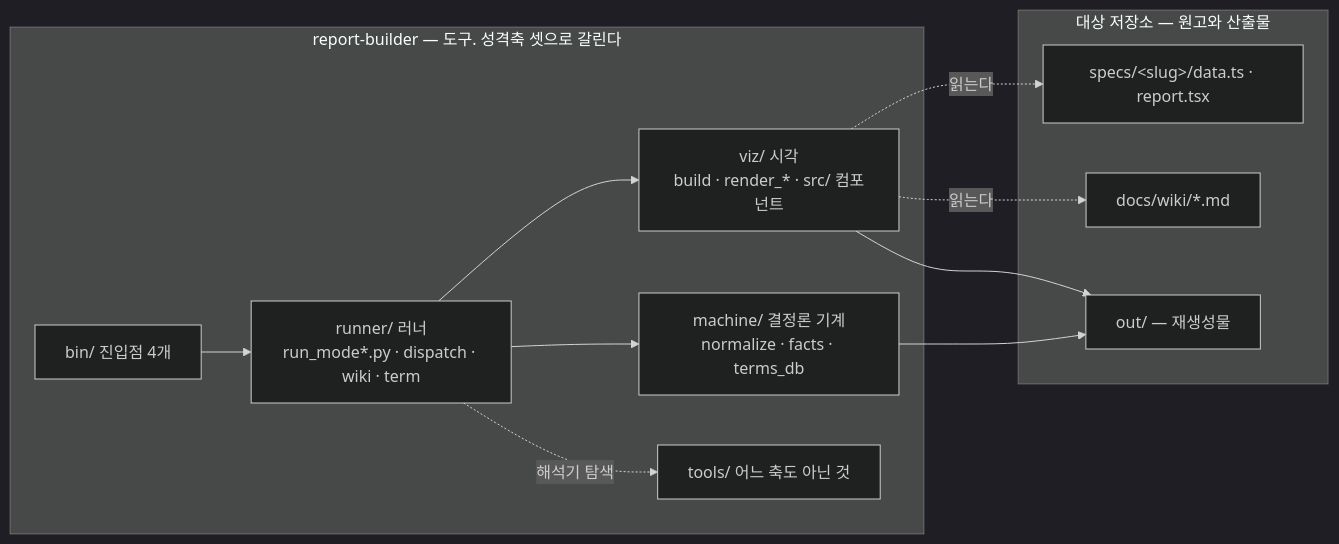
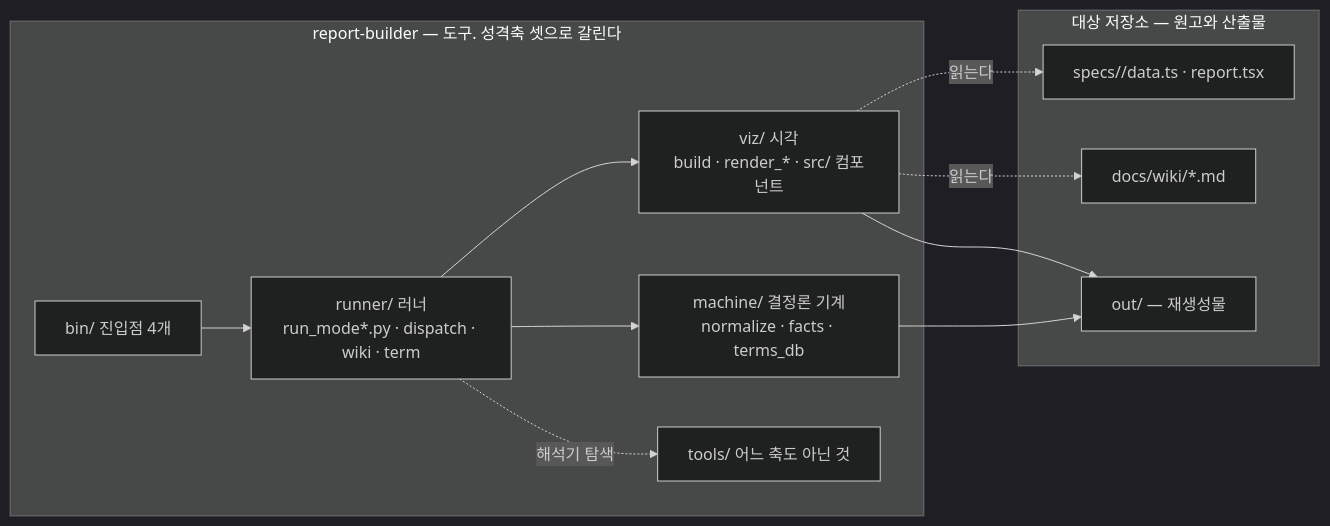
The first of 5 diagrams in ARCHITECTURE.md (DogGuyMan/Agent-Report-Build-Pipeline), drawn with Mermaid (dark theme) before and after one commit. The commit also changed other lines of this file and 2 other files, not shown here.

````diff
--- a/ARCHITECTURE.md
+++ b/ARCHITECTURE.md
@@ -25,23 +25,23 @@
 ```mermaid
 flowchart LR
   subgraph RB["report-builder — 도구. 성격축 셋으로 갈린다"]
     BIN["bin/ 진입점 4개"]
     RUN["runner/ 러너<br/>run_mode*.py · dispatch · wiki · term"]
     MAC["machine/ 결정론 기계<br/>normalize · facts · terms_db"]
     VIZ["viz/ 시각<br/>build · render_* · src/ 컴포넌트"]
     TOO["tools/ 어느 축도 아닌 것"]
   end
   subgraph TGT["대상 저장소 — 원고와 산출물"]
-    MS["specs/&lt;slug&gt;/data.ts · report.tsx"]
+    MS["specs/<slug>/data.ts · report.tsx"]
     WK["docs/wiki/*.md"]
     OUT["out/ — 재생성물"]
   end
   BIN --> RUN
   RUN --> MAC
   RUN --> VIZ
   RUN -. 해석기 탐색 .-> TOO
   VIZ -. 읽는다 .-> MS
   VIZ -. 읽는다 .-> WK
   VIZ --> OUT
   MAC --> OUT
 ```
````
